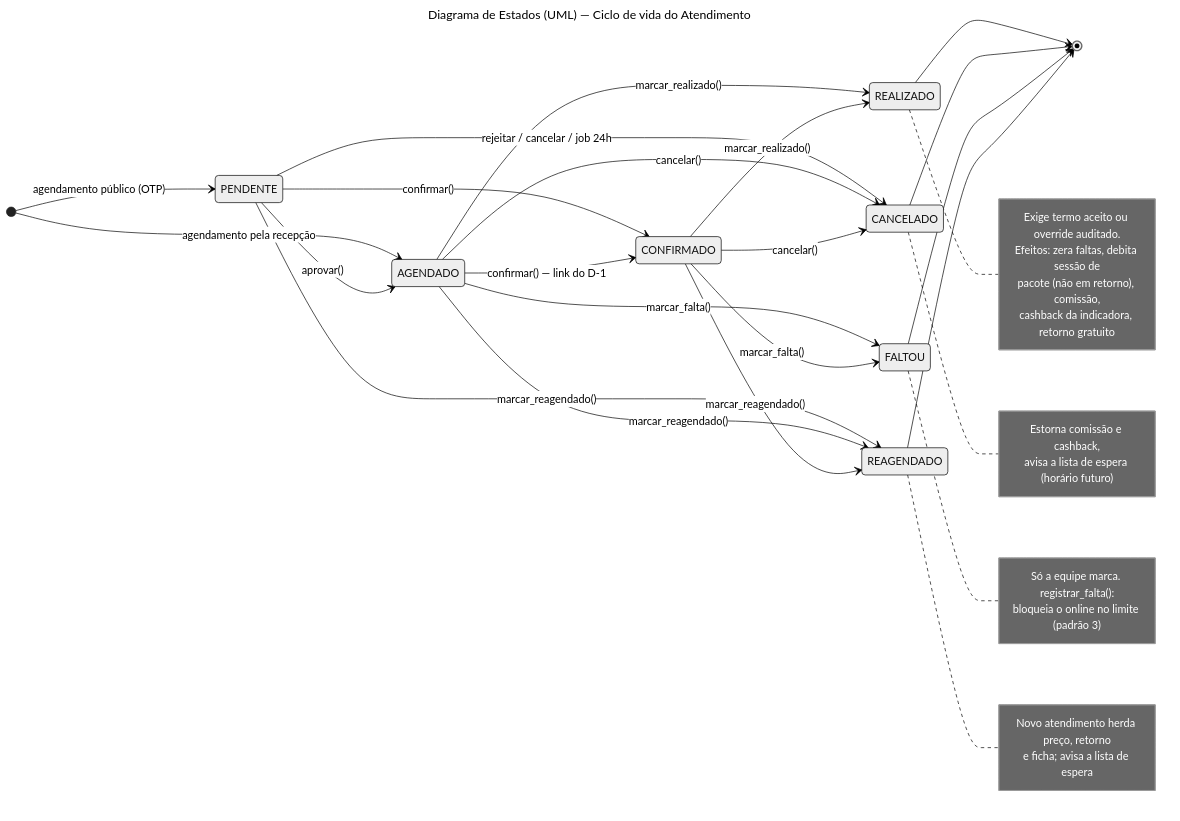
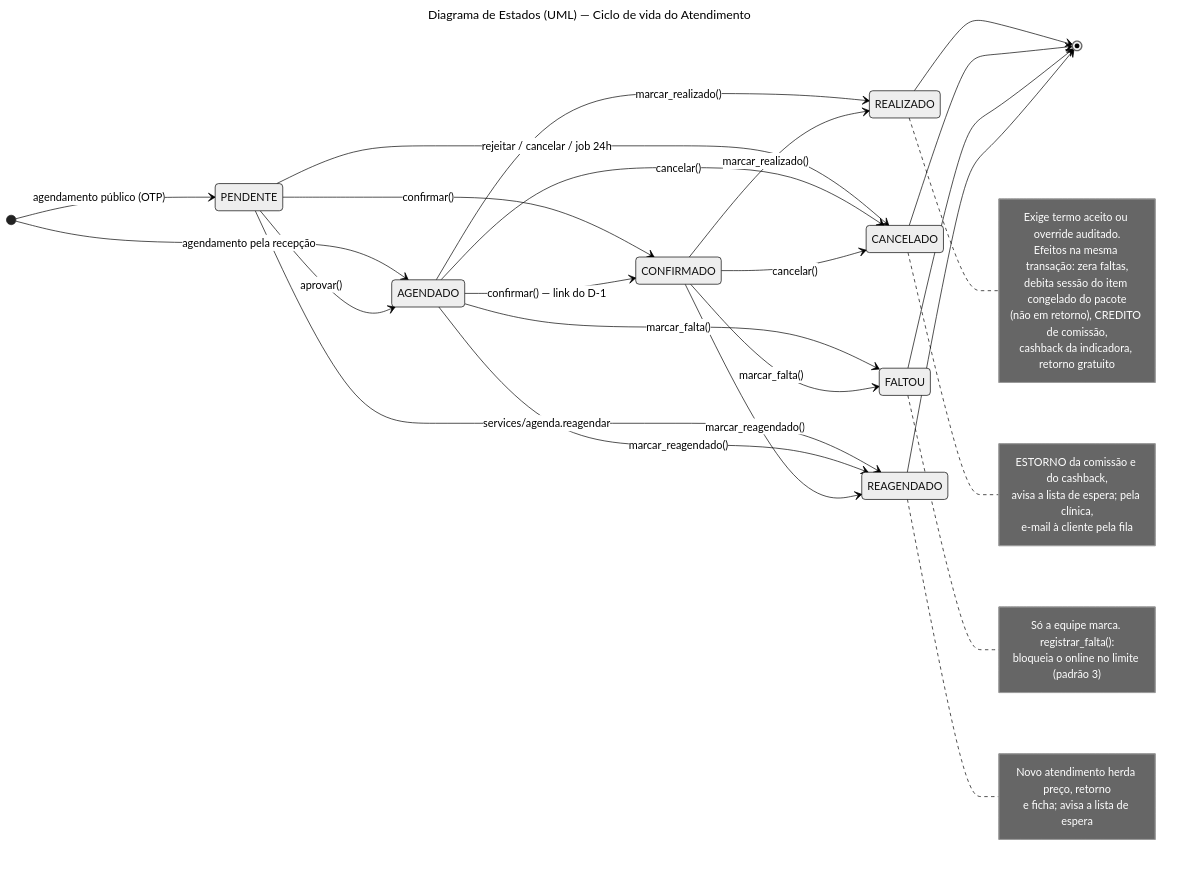
The diagram in docs/diagramas/06-estados-atendimento.mmd (RafaelSMaciel/jaqueline-aranha-estetica), drawn with Mermaid (neutral theme) before and after one commit. The commit also changed 20 other files, not shown here.

First line of the commit message:
docs(requisitos): documento de requisitos e UML v2.3 com a revisao 0047-0061

```diff
--- a/docs/diagramas/06-estados-atendimento.mmd
+++ b/docs/diagramas/06-estados-atendimento.mmd
@@ -1,47 +1,49 @@
 ---
 title: Diagrama de Estados (UML) — Ciclo de vida do Atendimento
 ---
 stateDiagram-v2
     direction LR
     [*] --> PENDENTE: agendamento público (OTP)
     [*] --> AGENDADO: agendamento pela recepção
 
     PENDENTE --> AGENDADO: aprovar()
     PENDENTE --> CONFIRMADO: confirmar()
     PENDENTE --> CANCELADO: rejeitar / cancelar / job 24h
-    PENDENTE --> REAGENDADO: marcar_reagendado()
+    PENDENTE --> REAGENDADO: services/agenda.reagendar
 
     AGENDADO --> CONFIRMADO: confirmar() — link do D-1
     AGENDADO --> REALIZADO: marcar_realizado()
     AGENDADO --> CANCELADO: cancelar()
     AGENDADO --> FALTOU: marcar_falta()
     AGENDADO --> REAGENDADO: marcar_reagendado()
 
     CONFIRMADO --> REALIZADO: marcar_realizado()
     CONFIRMADO --> CANCELADO: cancelar()
     CONFIRMADO --> FALTOU: marcar_falta()
     CONFIRMADO --> REAGENDADO: marcar_reagendado()
 
     REALIZADO --> [*]
     CANCELADO --> [*]
     FALTOU --> [*]
     REAGENDADO --> [*]
 
     note right of REALIZADO
       Exige termo aceito ou override auditado.
-      Efeitos: zera faltas, debita sessão de
-      pacote (não em retorno), comissão,
+      Efeitos na mesma transação: zera faltas,
+      debita sessão do item congelado do pacote
+      (não em retorno), CREDITO de comissão,
       cashback da indicadora, retorno gratuito
     end note
     note right of CANCELADO
-      Estorna comissão e cashback,
-      avisa a lista de espera (horário futuro)
+      ESTORNO da comissão e do cashback,
+      avisa a lista de espera; pela clínica,
+      e-mail à cliente pela fila
     end note
     note right of FALTOU
       Só a equipe marca. registrar_falta():
       bloqueia o online no limite (padrão 3)
     end note
     note right of REAGENDADO
       Novo atendimento herda preço, retorno
       e ficha; avisa a lista de espera
     end note
```
